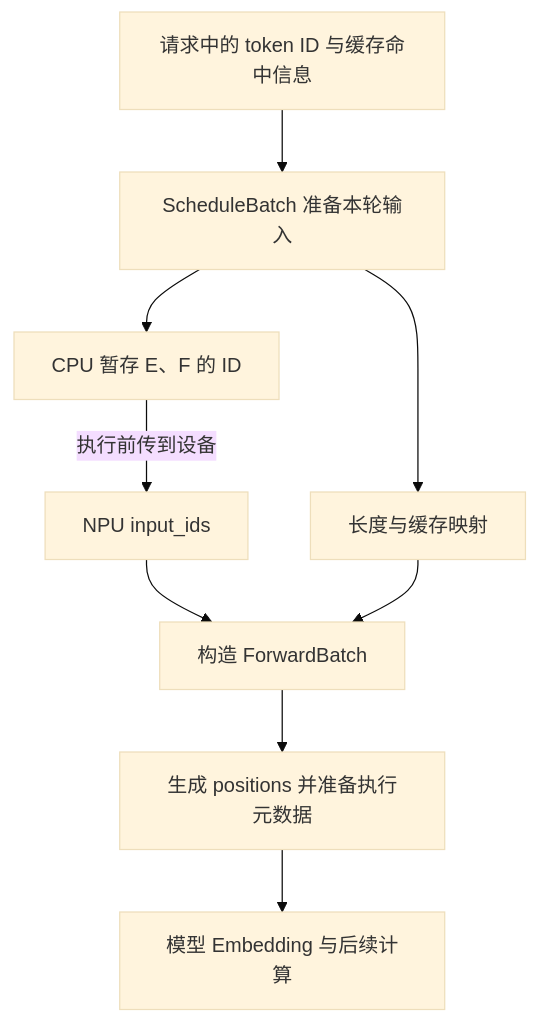
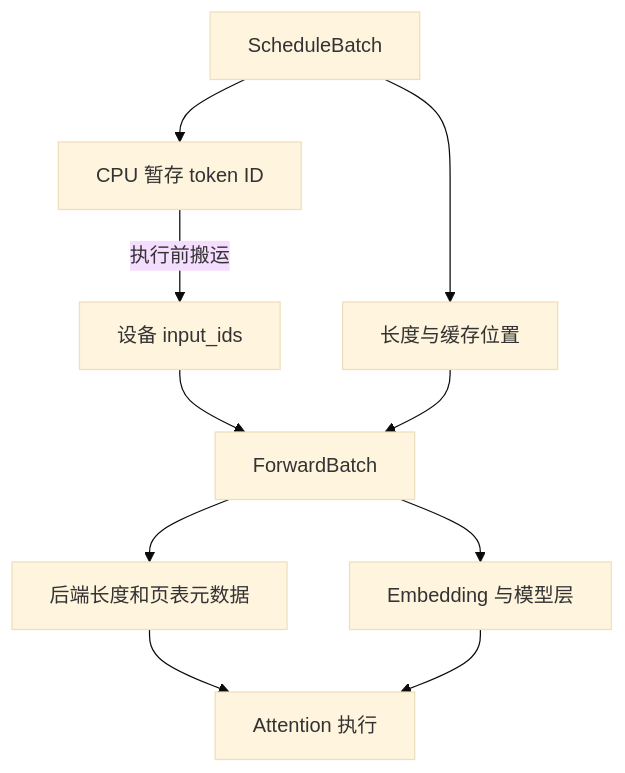
One commit to AkiYangDev/llm-inference-notes changed the fourth of 9 diagrams in docs/sglang/sglang-ascend-request-lifecycle.md. Above: the diagram before and after it, drawn with Mermaid (base theme). The commit also changed other lines of this file and 10 other files, not shown here.

````diff
--- a/docs/sglang/sglang-ascend-request-lifecycle.md
+++ b/docs/sglang/sglang-ascend-request-lifecycle.md
@@ -183,11 +159,12 @@
 ```mermaid
 flowchart TD
-    R[请求中的 token ID 与缓存命中信息] --> S[ScheduleBatch 准备本轮输入]
-    S --> C[CPU 暂存 E、F 的 ID]
-    S --> M[长度与缓存映射]
-    C -->|执行前传到设备| I[NPU input_ids]
-    I --> F[构造 ForwardBatch]
-    M --> F
-    F --> P[生成 positions 并准备执行元数据]
-    P --> E[模型 Embedding 与后续计算]
+    S[ScheduleBatch] --> I[CPU 暂存 token ID]
+    S --> L[长度与缓存位置]
+    I -->|执行前搬运| D[设备 input_ids]
+    D --> F[ForwardBatch]
+    L --> F
+    F --> E[Embedding 与模型层]
+    F --> M[后端长度和页表元数据]
+    M --> A[Attention 执行]
+    E --> A
 ```
````
